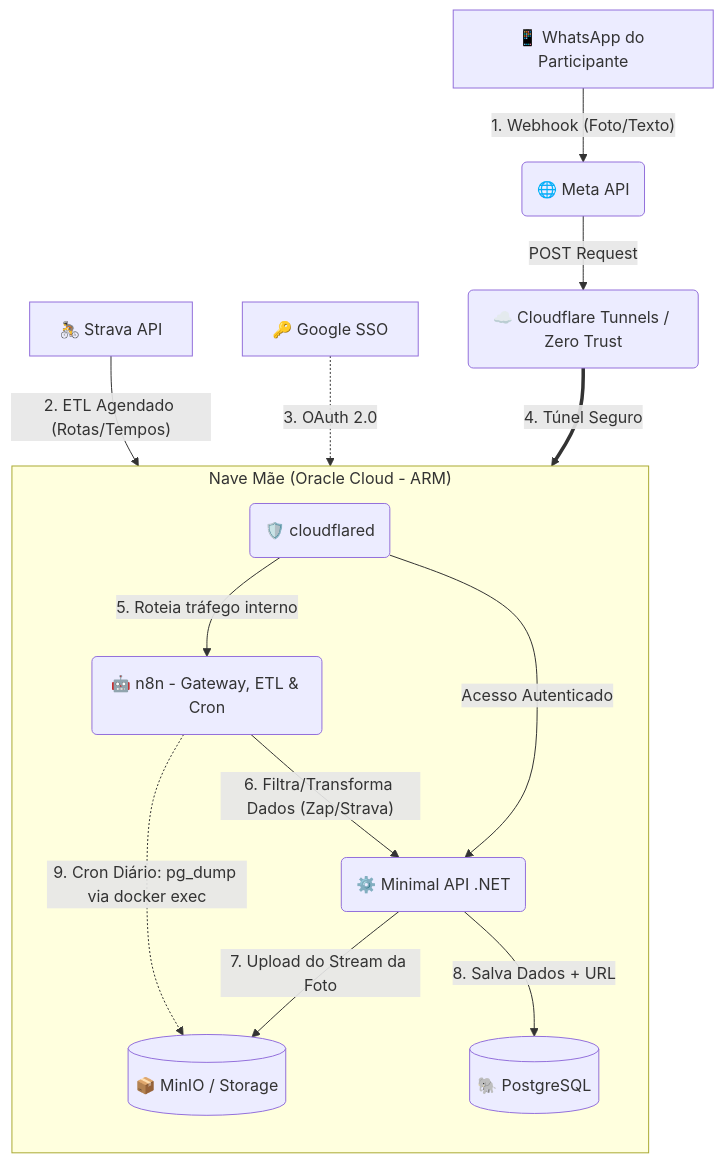
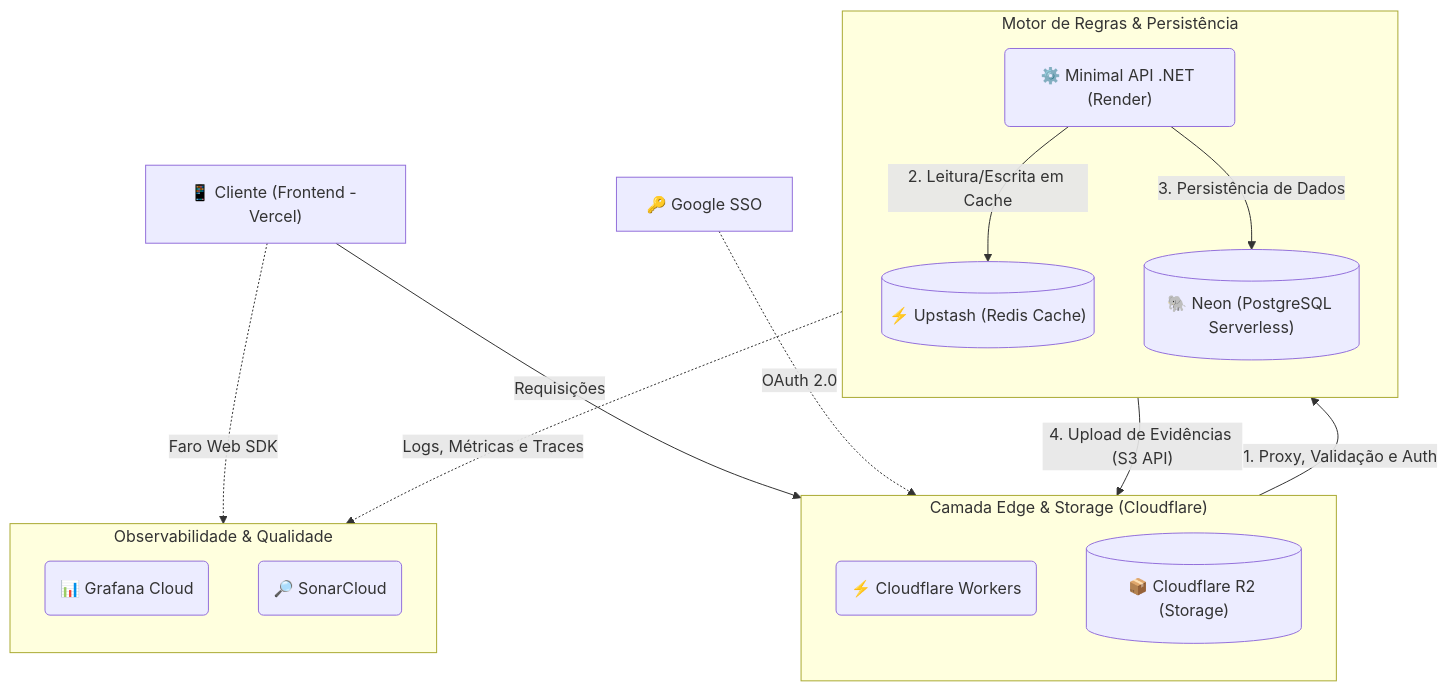
One commit to gabs-passarinho-garcia/EleveRats changed the diagram in README.md. Above: the diagram before and after it, drawn with Mermaid. The commit also changed other lines of this file, not shown here.

Commit message:
docs: update architecture documentation to reflect transition to serverless and edge-based stack

````diff
--- a/README.md
+++ b/README.md
@@ -13,29 +13,35 @@
 ```mermaid
 flowchart TD
-    %% Entradas de Dados e Autenticação Externas
-    WA["📱 WhatsApp do Participante"] -->|"1. Webhook (Foto/Texto)"| META("🌐 Meta API")
-    STRAVA["🚴 Strava API"] -->|"2. ETL Agendado (Rotas/Tempos)"| N8N
-    GOOGLE["🔑 Google SSO"] -.->|"3. OAuth 2.0"| API
-    META -->|"POST Request"| CF("☁️ Cloudflare Tunnels / Zero Trust")
+    %% Entradas de Dados e Cliente
+    CLIENT["📱 Cliente (Frontend - Vercel)"] -->|"Requisições"| EDGE("⚡ Cloudflare Workers (Edge)")
+    GOOGLE["🔑 Google SSO"] -.->|"OAuth 2.0"| EDGE
 
-    subgraph "Nave Mãe (Oracle Cloud - ARM)"
+    subgraph "Camada Edge & Storage (Cloudflare)"
         direction TB
-        CF_TUNNEL("🛡️ cloudflared")
-        N8N("🤖 n8n - Gateway, ETL & Cron")
-        API("⚙️ Minimal API .NET")
-        STORAGE[("📦 MinIO / Storage")]
-        DB[("🐘 PostgreSQL")]
+        EDGE("⚡ Cloudflare Workers")
+        R2[("📦 Cloudflare R2 (Storage)")]
     end
 
-    %% Fluxo Interno
-    CF == "4. Túnel Seguro" ==> CF_TUNNEL
-    CF_TUNNEL -->|"5. Roteia tráfego interno"| N8N
-    CF_TUNNEL -->|"Acesso Autenticado"| API
+    subgraph "Motor de Regras & Persistência"
+        direction TB
+        API("⚙️ Minimal API .NET (Render)")
+        UPSTASH[("⚡ Upstash (Redis Cache)")]
+        NEON[("🐘 Neon (PostgreSQL Serverless)")]
+    end
 
-    N8N -->|"6. Filtra/Transforma Dados (Zap/Strava)"| API
-    API -->|"7. Upload do Stream da Foto"| STORAGE
-    API -->|"8. Salva Dados + URL"| DB
+    subgraph "Observabilidade & Qualidade"
+        direction TB
+        GRAFANA("📊 Grafana Cloud")
+        SONAR("🔎 SonarCloud")
+    end
 
-    %% Rotina de Backup
-    N8N -.->|"9. Cron Diário: pg_dump via docker exec"| STORAGE
+    %% Fluxo de Dados
+    EDGE -->|"1. Proxy, Validação e Auth"| API
+    API -->|"2. Leitura/Escrita em Cache"| UPSTASH
+    API -->|"3. Persistência de Dados"| NEON
+    API -->|"4. Upload de Evidências (S3 API)"| R2
+
+    %% Monitoramento
+    API -.->|"Logs, Métricas e Traces"| GRAFANA
+    CLIENT -.->|"Faro Web SDK"| GRAFANA
 ```
````
